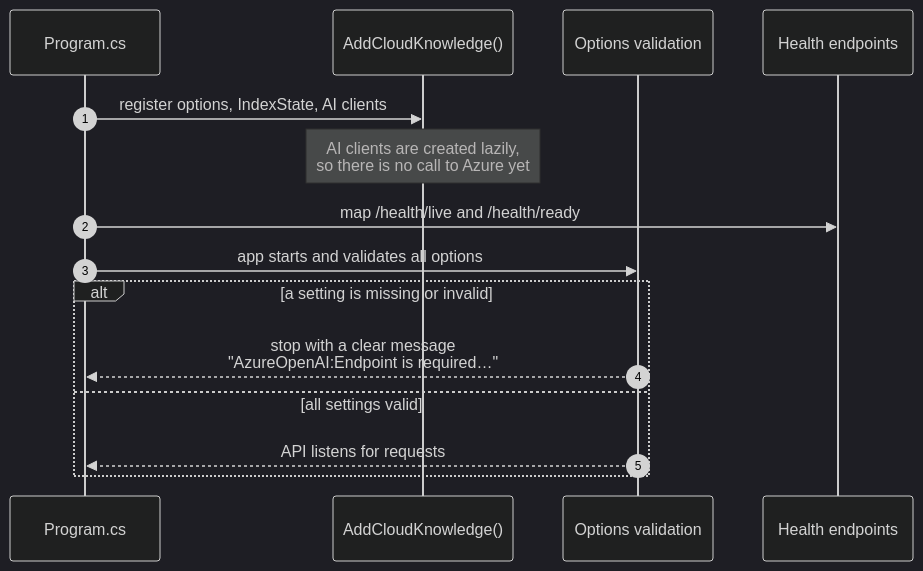
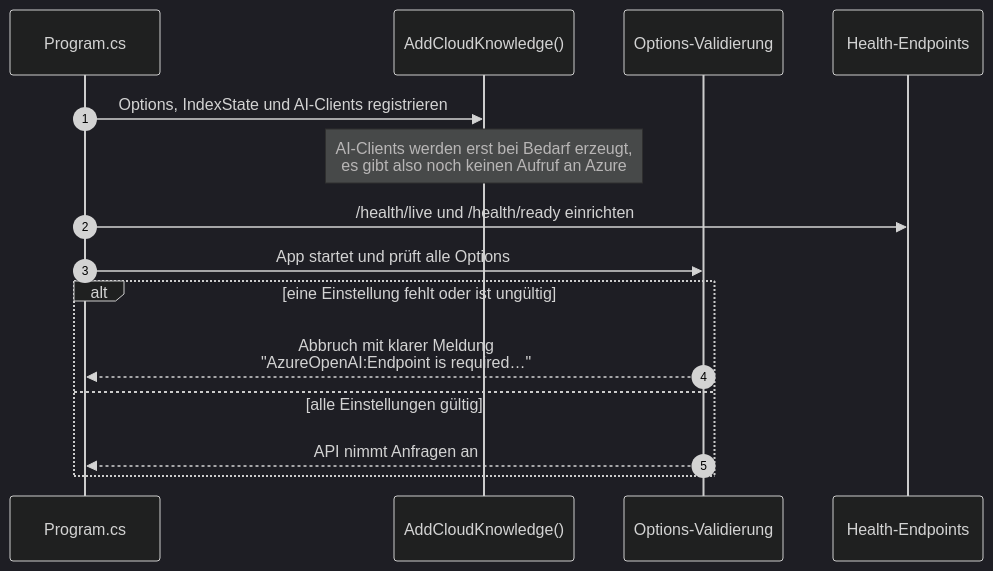
The third of 9 diagrams in README.md (MyOnlineRepo/RAG-API), drawn with Mermaid (dark theme) before and after one commit. The commit also changed other lines of this file, not shown here.

````diff
--- a/README.md
+++ b/README.md
@@ -81,18 +81,18 @@
 ```mermaid
 sequenceDiagram
     autonumber
     participant P as Program.cs
     participant DI as AddCloudKnowledge()
-    participant O as Options validation
-    participant H as Health endpoints
+    participant O as Options-Validierung
+    participant H as Health-Endpoints
 
-    P->>DI: register options, IndexState, AI clients
-    Note over DI: AI clients are created lazily,<br/>so there is no call to Azure yet
-    P->>H: map /health/live and /health/ready
-    P->>O: app starts and validates all options
-    alt a setting is missing or invalid
-        O-->>P: stop with a clear message<br/>"AzureOpenAI:Endpoint is required…"
-    else all settings valid
-        O-->>P: API listens for requests
+    P->>DI: Options, IndexState und AI-Clients registrieren
+    Note over DI: AI-Clients werden erst bei Bedarf erzeugt,<br/>es gibt also noch keinen Aufruf an Azure
+    P->>H: /health/live und /health/ready einrichten
+    P->>O: App startet und prüft alle Options
+    alt eine Einstellung fehlt oder ist ungültig
+        O-->>P: Abbruch mit klarer Meldung<br/>"AzureOpenAI:Endpoint is required…"
+    else alle Einstellungen gültig
+        O-->>P: API nimmt Anfragen an
     end
 ```
````
